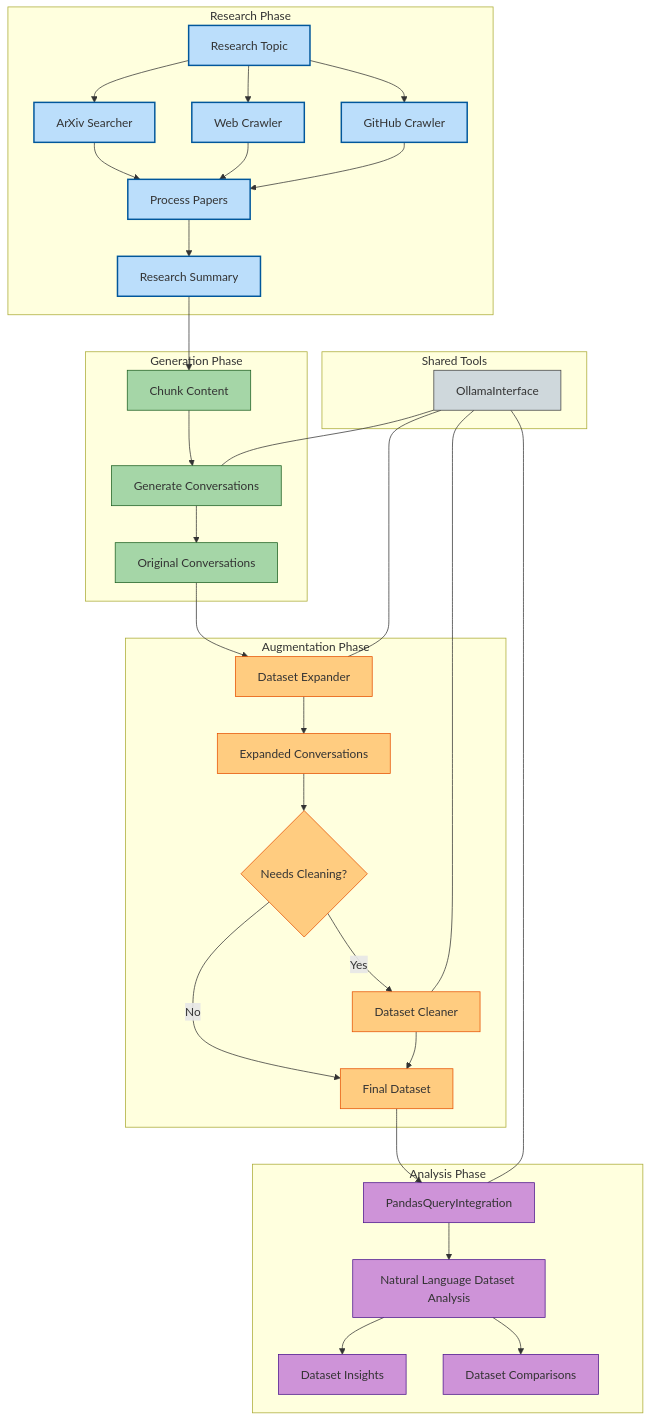
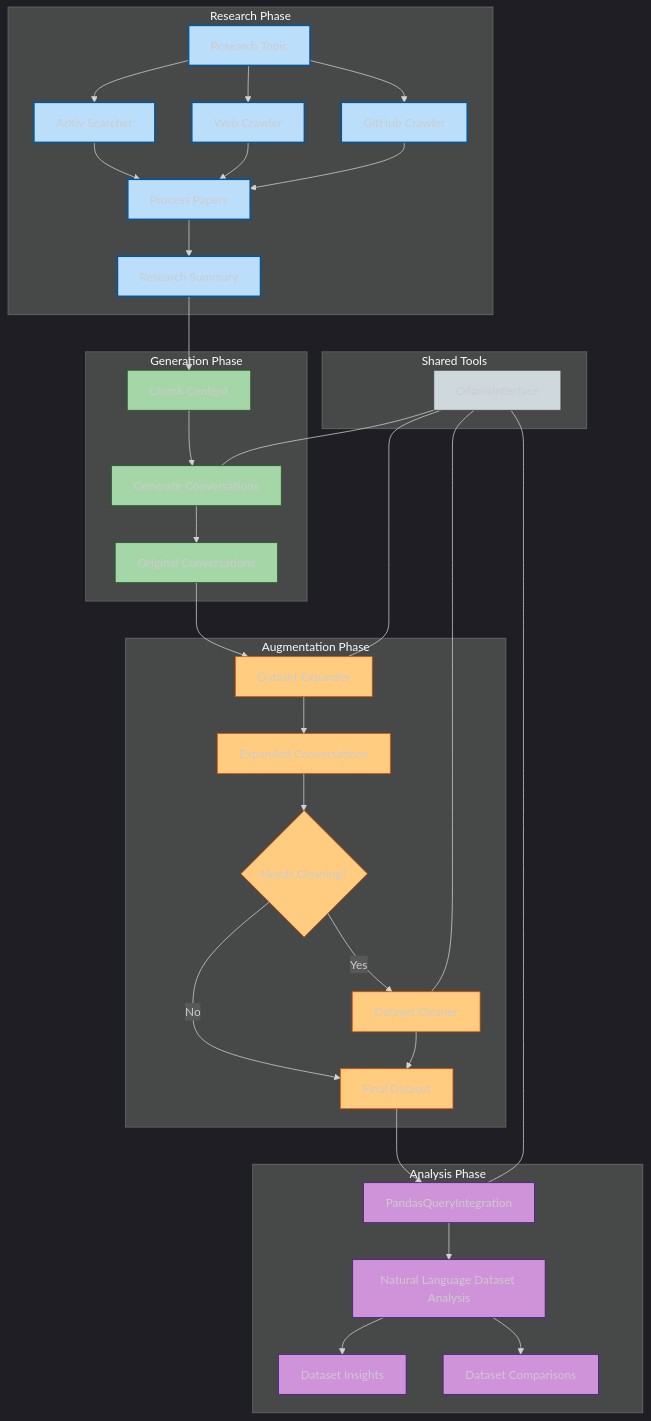
The diagram in README.md (Ollama-Agent-Roll-Cage/agentChef), drawn with Mermaid before and after one commit.

````diff
--- a/README.md
+++ b/README.md
@@ -534,53 +534,54 @@
 ```mermaid
+%%{init: {'theme':'dark'}}%%
 flowchart TD
     subgraph Research["Research Phase"]
         A[Research Topic] --> B[ArXiv Searcher]
         A --> C[Web Crawler]
         A --> D[GitHub Crawler]
         B --> E[Process Papers]
         C --> E
         D --> E
         E --> F[Research Summary]
     end
     
     subgraph Generation["Generation Phase"]
         F --> G[Chunk Content]
         G --> H[Generate Conversations]
         H --> I[Original Conversations]
     end
     
     subgraph Augmentation["Augmentation Phase"]
         I --> J[Dataset Expander]
         J --> K[Expanded Conversations]
         K --> L{Needs Cleaning?}
         L -- Yes --> M[Dataset Cleaner]
         L -- No --> N[Final Dataset]
         M --> N
     end
     
     subgraph Analysis["Analysis Phase"]
         N --> O[PandasQueryIntegration]
         O --> P[Natural Language Dataset Analysis]
         P --> Q[Dataset Insights]
         P --> R[Dataset Comparisons]
     end
     
     subgraph Tools["Shared Tools"]
         S[OllamaInterface] --- H
         S --- J
         S --- M
         S --- O
     end
     
     classDef research fill:#bbdefb,stroke:#01579b,stroke-width:2px
     classDef generation fill:#a5d6a7,stroke:#1b5e20
     classDef augmentation fill:#ffcc80,stroke:#e65100
     classDef analysis fill:#ce93d8,stroke:#4a148c
     classDef tools fill:#cfd8dc,stroke:#424242
 
     class A,B,C,D,E,F research
     class G,H,I generation
     class J,K,L,M,N augmentation
     class O,P,Q,R analysis
     class S tools
 ```
````
